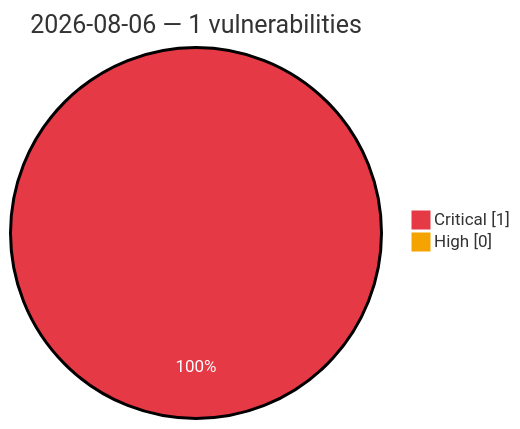
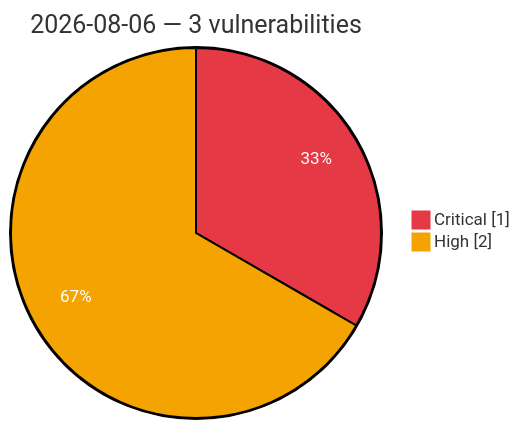
The diagram in vulnerabilities/2026-08-06.md (GhostX0X/vuln-tracker), drawn with Mermaid before and after one commit. The commit also changed other lines of this file and 2 other files, not shown here.

Commit message:
Auto update: critical/high vulns (2026-08-06 09:10 UTC)

````diff
--- a/vulnerabilities/2026-08-06.md
+++ b/vulnerabilities/2026-08-06.md
@@ -3,7 +3,7 @@
 ```mermaid
 %%{init: {'theme':'base', 'themeVariables': {'pie1':'#e63946', 'pie2':'#f4a300', 'pieOpacity':'1', 'pieOuterStrokeWidth':'2px', 'pieSectionTextColor':'#ffffff'}}}%%
 pie showData
-    title 2026-08-06 — 1 vulnerabilities
+    title 2026-08-06 — 3 vulnerabilities
     "Critical" : 1
-    "High" : 0
+    "High" : 2
 ```
````
